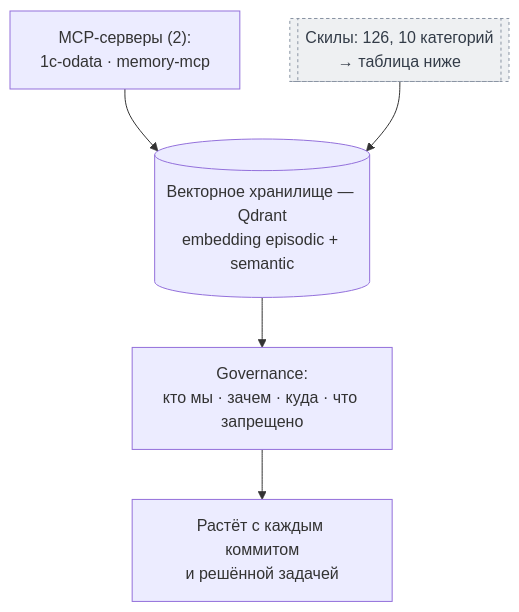
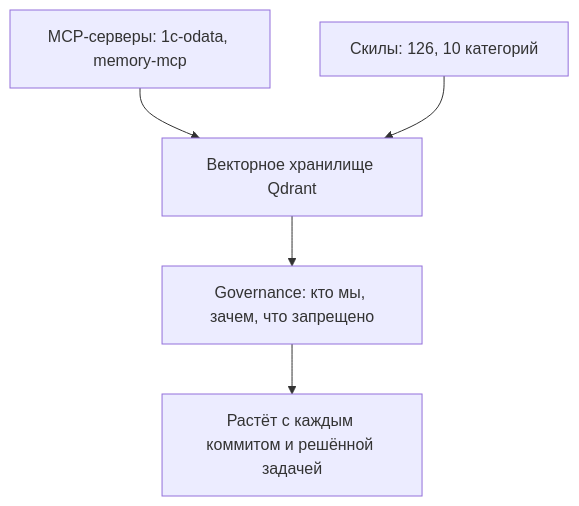
Before and after one commit to puginanatoly-stack/NeuroLink_1C: the second of 3 diagrams in architecture/README.md, drawn with Mermaid. The commit also changed other lines of this file, not shown here.

First line of the commit message:
Simplify mermaid diagrams for GitHub rendering compatibility

````diff
--- a/architecture/README.md
+++ b/architecture/README.md
@@ -59,10 +54,7 @@
 ```mermaid
 flowchart TB
-    MCP_LIST["MCP-серверы (2):<br/>1c-odata · memory-mcp"] --> EMBED
-    SKILLS_LIST[["Скилы: 126, 10 категорий<br/>→ таблица ниже"]] --> EMBED
-    EMBED[("Векторное хранилище — Qdrant<br/>embedding episodic + semantic")] --> GOV["Governance:<br/>кто мы · зачем · куда · что запрещено"]
-    GOV --> GROW["Растёт с каждым коммитом<br/>и решённой задачей"]
-
-    classDef detail fill:#eef0f2,stroke:#8a94a3,color:#333c48,stroke-width:1px,stroke-dasharray:3 3;
-    class SKILLS_LIST detail;
+    MCP_LIST[MCP-серверы: 1c-odata, memory-mcp] --> EMBED[Векторное хранилище Qdrant]
+    SKILLS_LIST[Скилы: 126, 10 категорий] --> EMBED
+    EMBED --> GOV[Governance: кто мы, зачем, что запрещено]
+    GOV --> GROW[Растёт с каждым коммитом и решённой задачей]
 ```
````
